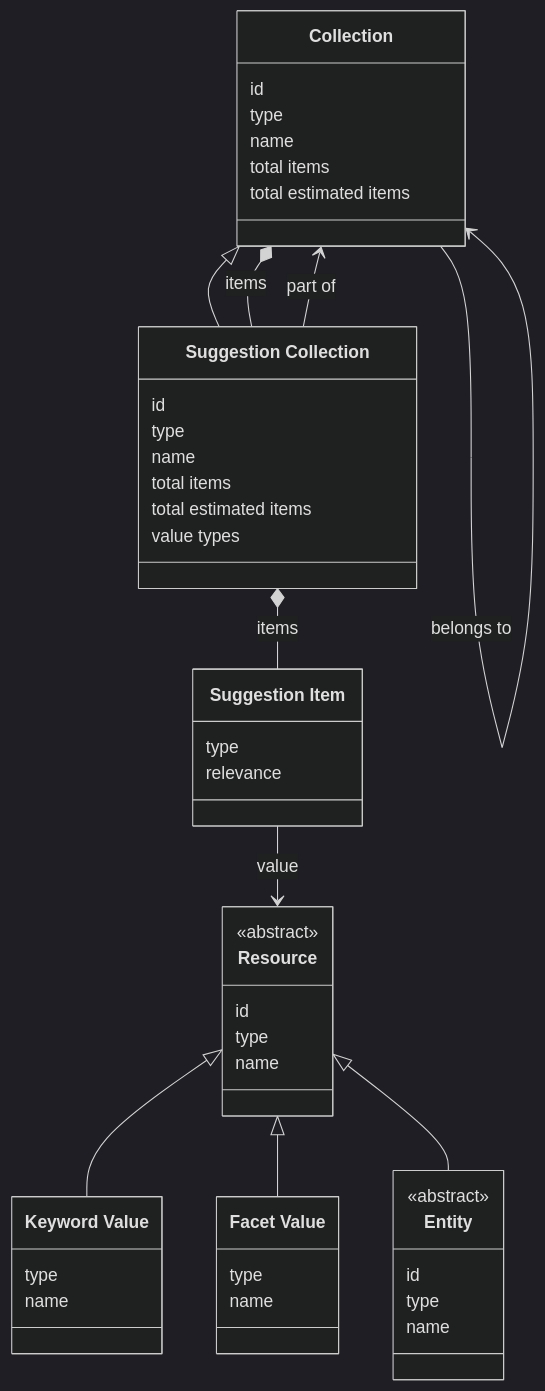
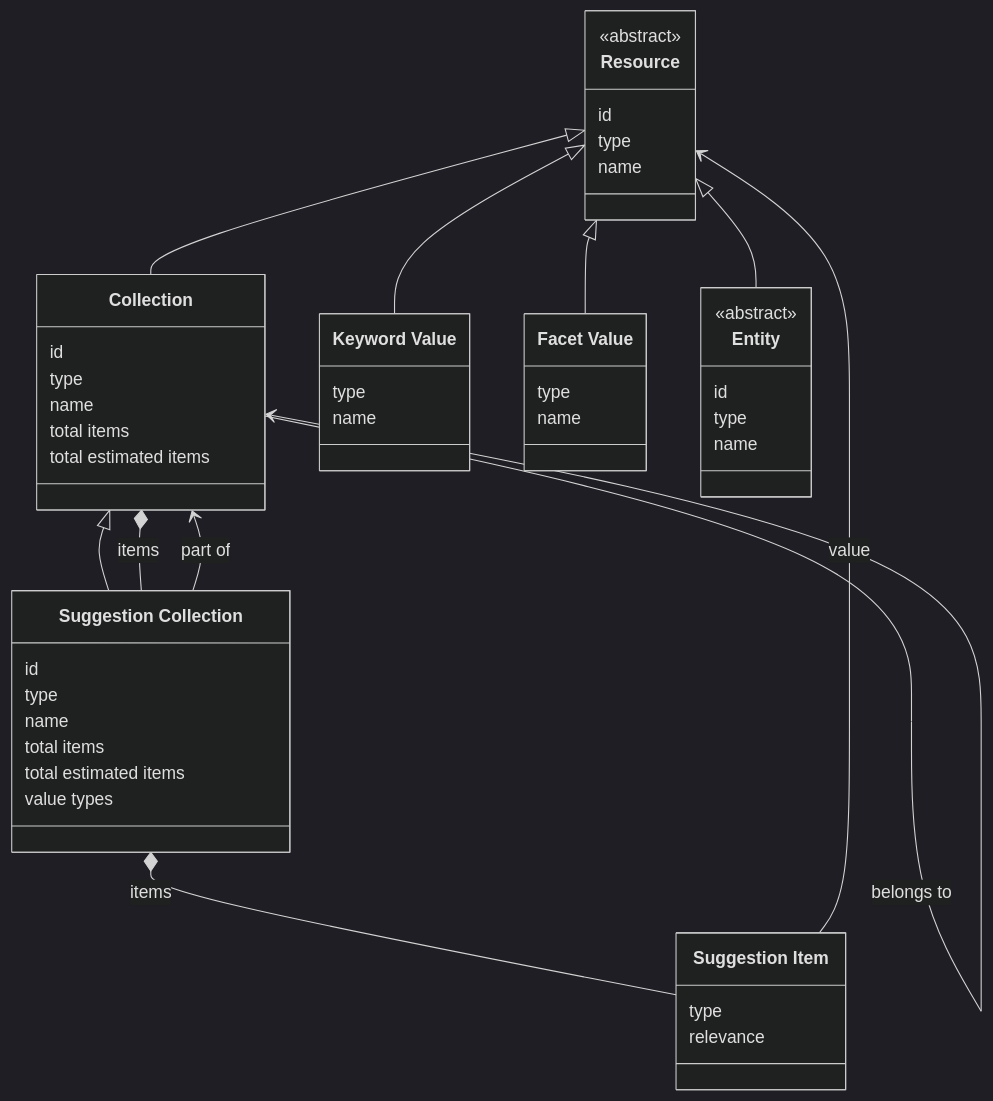
The diagram in docs/requirements/data-layer-api/rest/suggestions.md (netwerk-digitaal-erfgoed/netwerk-digitaal-erfgoed.github.io), drawn with Mermaid (dark theme) before and after one commit. The commit also changed other lines of this file and 9 other files, not shown here.

````diff
--- a/docs/requirements/data-layer-api/rest/suggestions.md
+++ b/docs/requirements/data-layer-api/rest/suggestions.md
@@ -30,65 +30,66 @@
 ```mermaid
 ---
   config:
     class:
       hideEmptyMembersBox: true
 ---
 classDiagram
 
 class Resource["Resource"] {
   <<abstract>>
   id
   type
   name
 }
 
 class Collection["Collection"] {
   id
   type
   name
   total items
   total estimated items
 }
 
 class SuggestionCollection["Suggestion Collection"] {
   id
   type
   name
   total items
   total estimated items
   value types
 }
 
 class SuggestionItem["Suggestion Item"] {
   type
   relevance
 }
 
 class KeywordValue["Keyword Value"] {
   type
   name
 }
 
 class FacetValue["Facet Value"] {
   type
   name
 }
 
 class Entity {
   <<abstract>>
   id
   type
   name
 }
 
 Collection <|-- SuggestionCollection
 Resource <|-- KeywordValue
 Resource <|-- FacetValue
 Resource <|-- Entity
+Resource <|-- Collection
 Collection --> Collection : suggestions
 Collection --> Collection : belongs to
 Collection *-- SuggestionCollection : items
 SuggestionCollection --> Collection : part of
 SuggestionCollection *-- SuggestionItem : items
 SuggestionItem --> Resource : value
 ```
````
